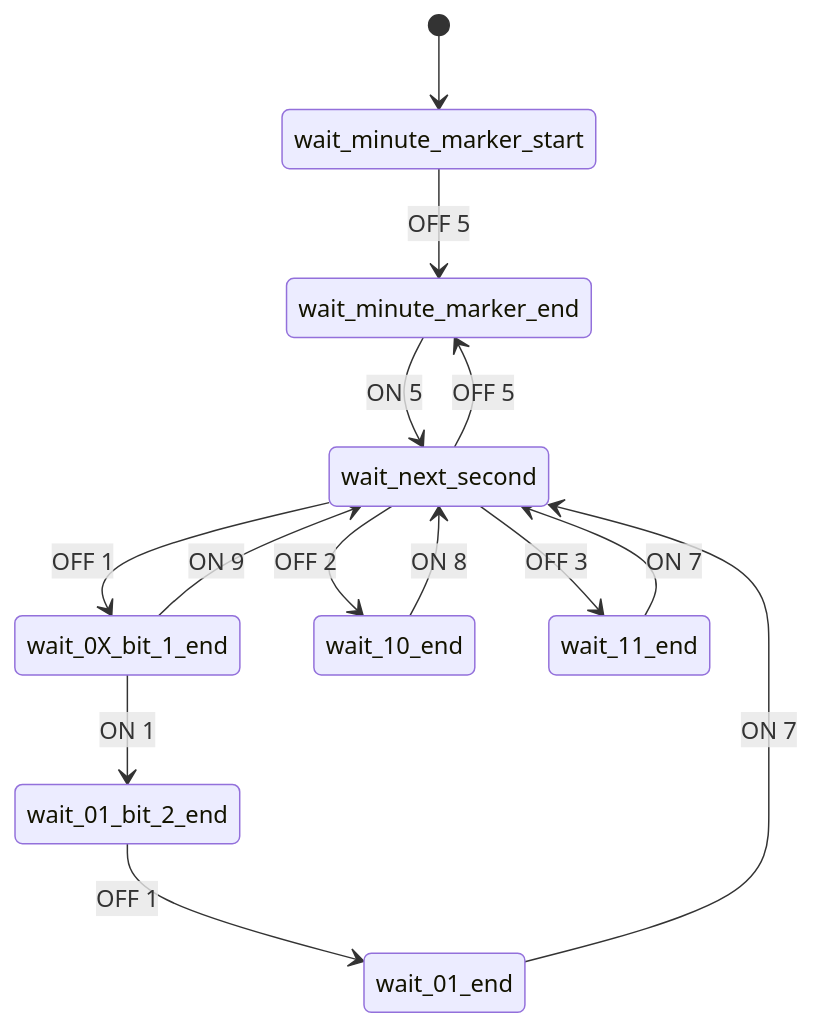
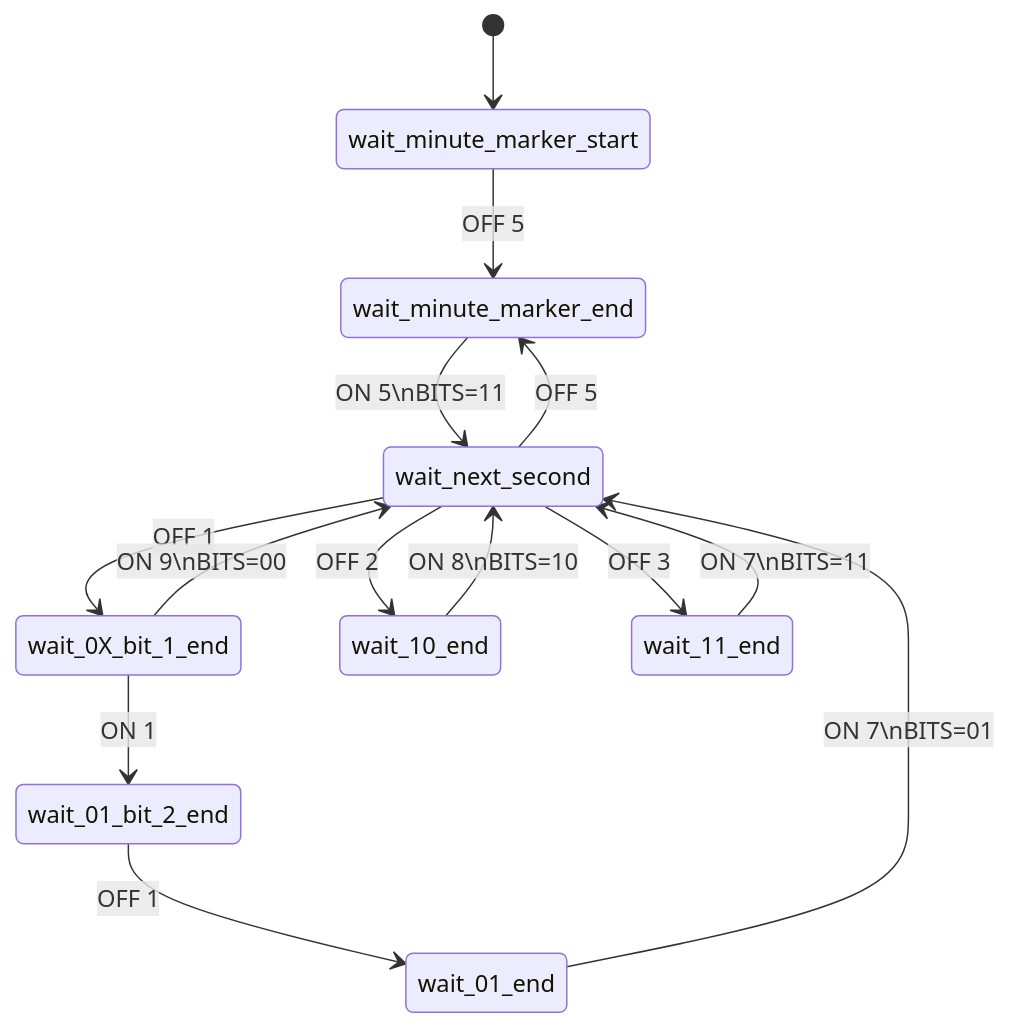
Before and after one commit to academe/msf-atomic-clock-decoder: the first of 2 diagrams in README.md, drawn with Mermaid. The commit also changed other lines of this file and 4 other files, not shown here.

````diff
--- a/README.md
+++ b/README.md
@@ -26,16 +34,16 @@
 ```mermaid
 stateDiagram-v2
     [*] --> wait_minute_marker_start
     wait_minute_marker_start --> wait_minute_marker_end : OFF 5
-    wait_minute_marker_end --> wait_next_second : ON 5
+    wait_minute_marker_end --> wait_next_second : ON 5\nBITS=11
     wait_next_second --> wait_0X_bit_1_end : OFF 1
     wait_next_second --> wait_10_end : OFF 2
     wait_next_second --> wait_11_end : OFF 3
     wait_next_second --> wait_minute_marker_end : OFF 5
-    wait_11_end --> wait_next_second : ON 7
-    wait_10_end --> wait_next_second : ON 8
+    wait_11_end --> wait_next_second : ON 7\nBITS=11
+    wait_10_end --> wait_next_second : ON 8\nBITS=10
     wait_01_bit_2_end --> wait_01_end : OFF 1
-    wait_0X_bit_1_end --> wait_next_second : ON 9
+    wait_0X_bit_1_end --> wait_next_second : ON 9\nBITS=00
     wait_0X_bit_1_end --> wait_01_bit_2_end : ON 1
-    wait_01_end --> wait_next_second : ON 7
+    wait_01_end --> wait_next_second : ON 7\nBITS=01
 ```
````
